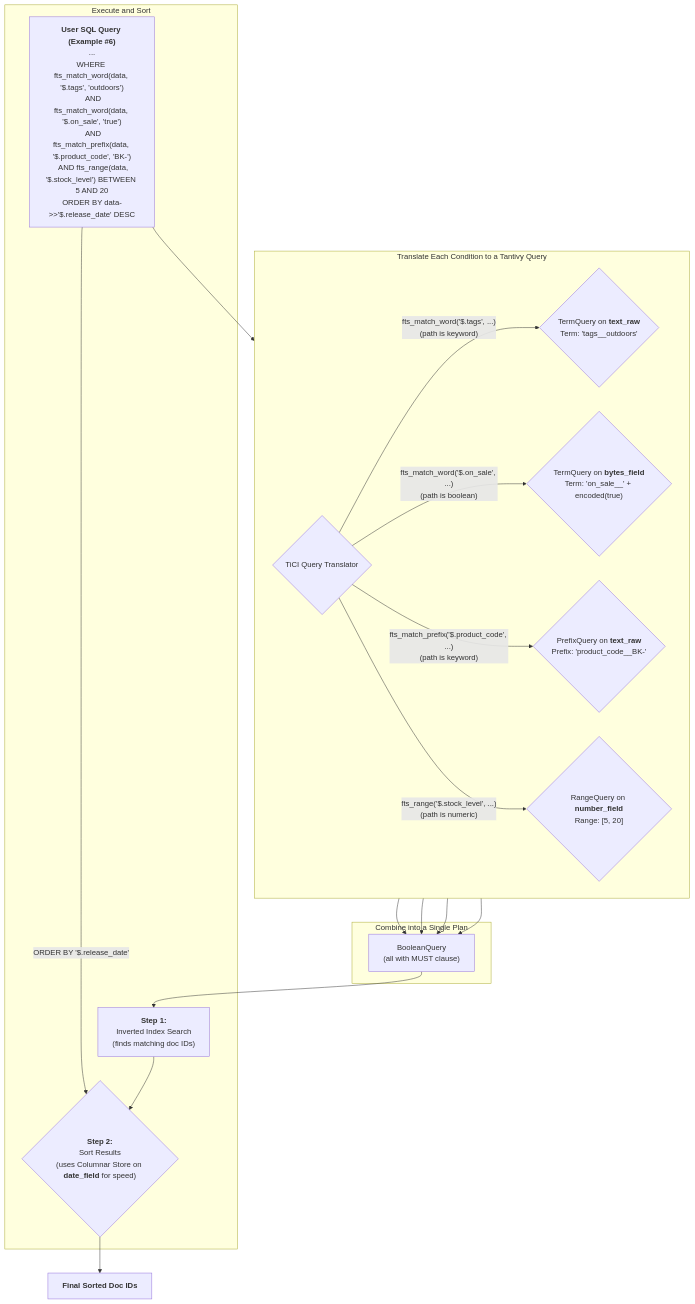
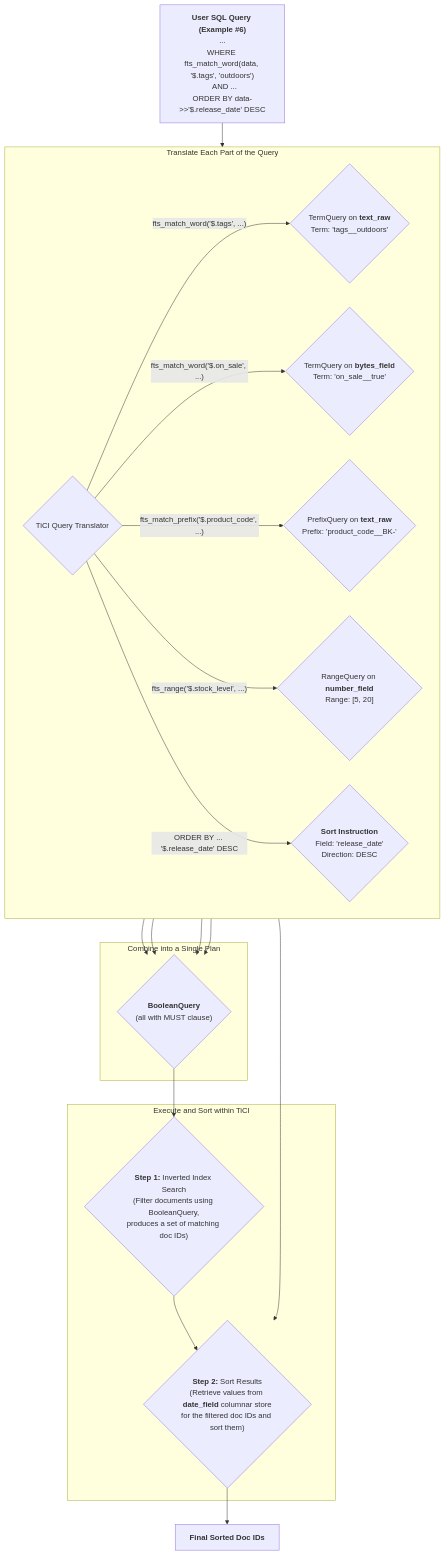
Before and after one commit to kolafish/tantivy: the second of 3 diagrams in TiCI_JSON_Support_Proposal.md, drawn with Mermaid. The commit also changed other lines of this file, not shown here.

````diff
--- a/TiCI_JSON_Support_Proposal.md
+++ b/TiCI_JSON_Support_Proposal.md
@@ -188,26 +193,26 @@
 ```mermaid
 graph TD
-    A["<b>User SQL Query (Example #6)</b><br/>...<br/>WHERE fts_match_word(data, '$.tags', 'outdoors')<br/>  AND fts_match_word(data, '$.on_sale', 'true')<br/>  AND fts_match_prefix(data, '$.product_code', 'BK-')<br/>  AND fts_range(data, '$.stock_level') BETWEEN 5 AND 20<br/>ORDER BY data->>'$.release_date' DESC"]
+    A["<b>User SQL Query (Example #6)</b><br/>...<br/>WHERE fts_match_word(data, '$.tags', 'outdoors')<br/>  AND ...<br/>ORDER BY data->>'$.release_date' DESC"]
 
     A --> B{"TiCI Query Translator"};
 
-    subgraph "Translate Each Condition to a Tantivy Query"
+    subgraph "Translate Each Part of the Query"
         direction LR
-        B -- "fts_match_word('$.tags', ...)<br/>(path is keyword)" --> C{"TermQuery on <b>text_raw</b><br/>Term: 'tags__outdoors'"}
-        B -- "fts_match_word('$.on_sale', ...)<br/>(path is boolean)" --> D{"TermQuery on <b>bytes_field</b><br/>Term: 'on_sale__' + encoded(true)"}
-        B -- "fts_match_prefix('$.product_code', ...)<br/>(path is keyword)" --> E{"PrefixQuery on <b>text_raw</b><br/>Prefix: 'product_code__BK-'"}
-        B -- "fts_range('$.stock_level', ...)<br/>(path is numeric)" --> F{"RangeQuery on <b>number_field</b><br/>Range: [5, 20]"}
+        B -- "fts_match_word('$.tags', ...)" --> C{"TermQuery on <b>text_raw</b><br/>Term: 'tags__outdoors'"}
+        B -- "fts_match_word('$.on_sale', ...)" --> D{"TermQuery on <b>bytes_field</b><br/>Term: 'on_sale__true'"}
+        B -- "fts_match_prefix('$.product_code', ...)" --> E{"PrefixQuery on <b>text_raw</b><br/>Prefix: 'product_code__BK-'"}
+        B -- "fts_range('$.stock_level', ...)" --> F{"RangeQuery on <b>number_field</b><br/>Range: [5, 20]"}
+        B -- "ORDER BY ... '$.release_date' DESC" --> G_Sort{"<b>Sort Instruction</b><br/>Field: 'release_date'<br/>Direction: DESC"}
     end
 
     subgraph "Combine into a Single Plan"
-        C & D & E & F --> G["BooleanQuery<br/>(all with MUST clause)"]
+        C & D & E & F --> H{"<b>BooleanQuery</b><br/>(all with MUST clause)"}
     end
 
-    subgraph "Execute and Sort"
-      G --> H["<b>Step 1:</b><br>Inverted Index Search<br/>(finds matching doc IDs)"]
-      A -- "ORDER BY '$.release_date'" --> I
-      H --> I{"<b>Step 2:</b><br>Sort Results<br/>(uses Columnar Store on <b>date_field</b> for speed)"}
+    subgraph "Execute and Sort within TiCI"
+      H --> I{"<b>Step 1:</b> Inverted Index Search<br/>(Filter documents using BooleanQuery,<br/>produces a set of matching doc IDs)"}
+      I & G_Sort --> J{"<b>Step 2:</b> Sort Results<br/>(Retrieve values from <b>date_field</b> columnar store<br/>for the filtered doc IDs and sort them)"}
     end
 
-    I --> J["<B>Final Sorted Doc IDs</B>"];
+    J --> K["<B>Final Sorted Doc IDs</B>"];
 ```
````
